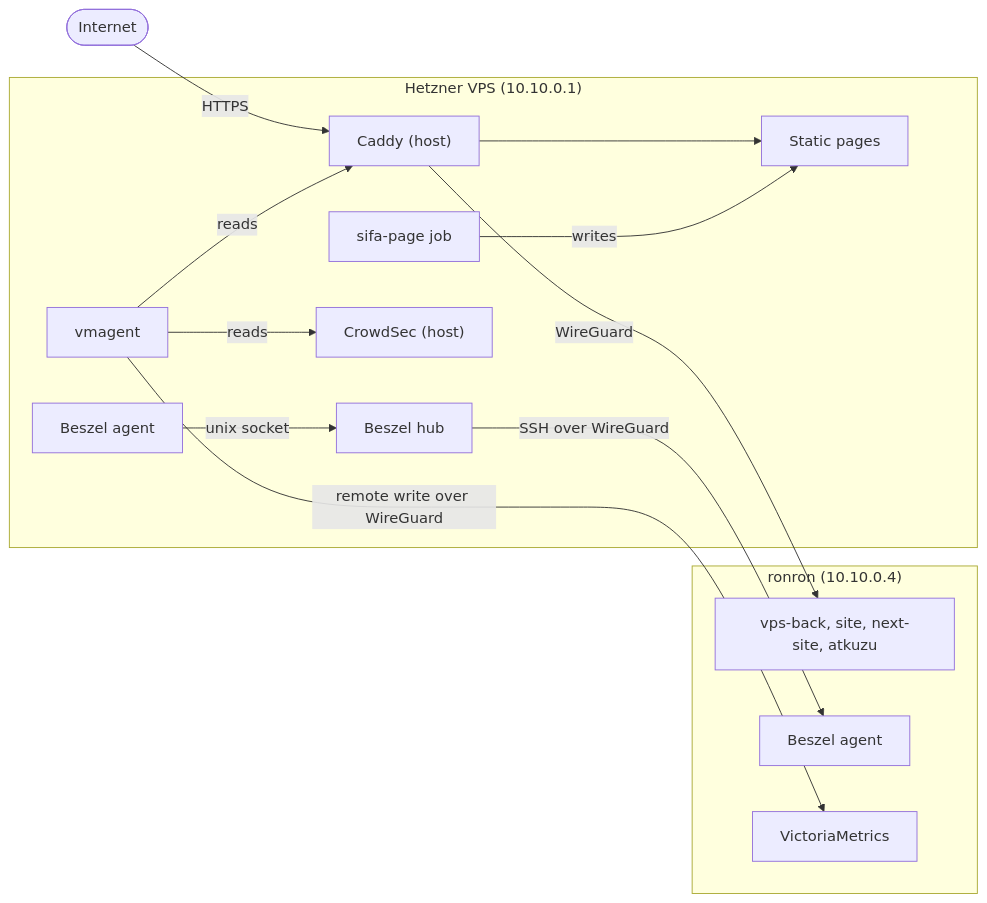
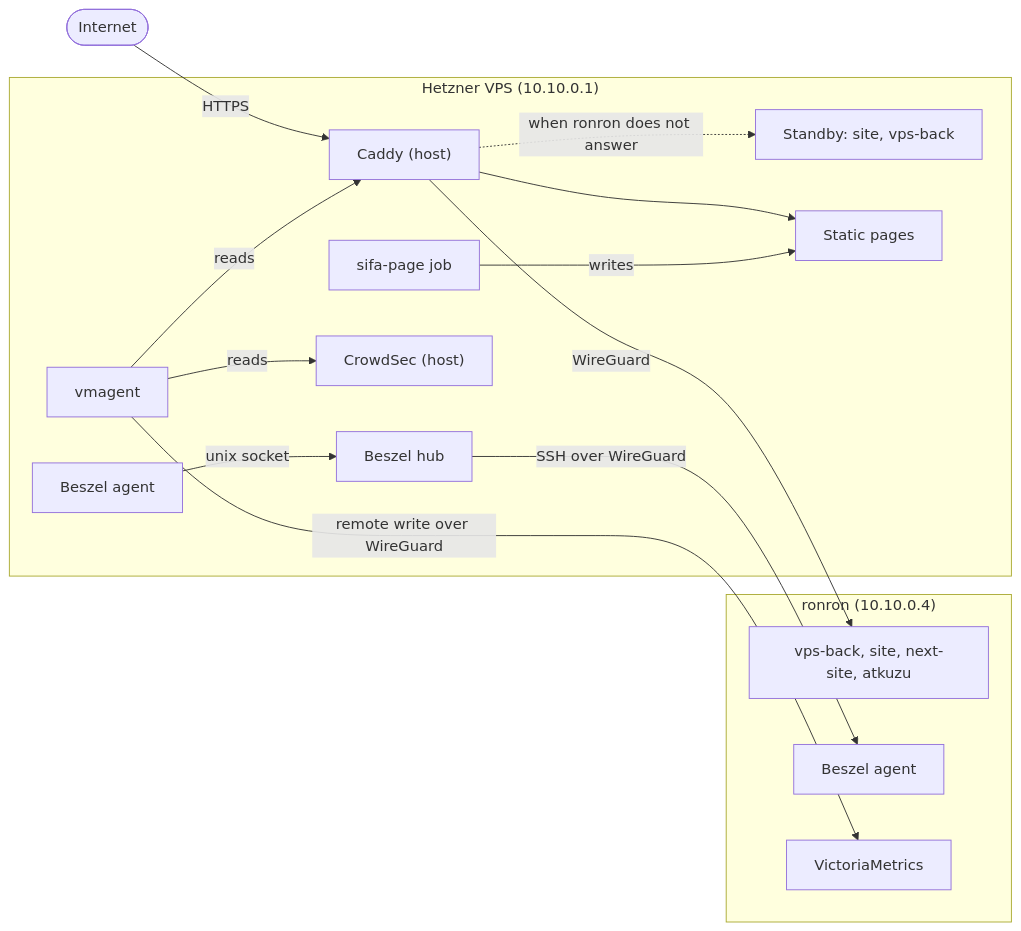
Before and after one commit to TomPlanche/hetzner-docker: the diagram in README.md, drawn with Mermaid. The commit also changed other lines of this file and 4 other files, not shown here.

Commit message:
feat: Send the site and the API to a standby on the VPS when ronron is down

````diff
--- a/README.md
+++ b/README.md
@@ -9,27 +9,29 @@
 ```mermaid
 flowchart LR
   subgraph vps ["Hetzner VPS (10.10.0.1)"]
     caddy["Caddy (host)"]
+    standby["Standby: site, vps-back"]
     www["Static pages"]
     sifa["sifa-page job"]
     crowdsec["CrowdSec (host)"]
     hub[Beszel hub]
     agent[Beszel agent]
     vmagent[vmagent]
   end
 
   subgraph ronron ["ronron (10.10.0.4)"]
     apps["vps-back, site, next-site, atkuzu"]
     ragent[Beszel agent]
     vm[VictoriaMetrics]
   end
 
   internet([Internet]) -->|HTTPS| caddy
   caddy --> www
   sifa -->|writes| www
   caddy -->|WireGuard| apps
+  caddy -.->|"when ronron does not answer"| standby
   agent -->|"unix socket"| hub
   hub -->|"SSH over WireGuard"| ragent
   vmagent -->|reads| caddy & crowdsec
   vmagent -->|"remote write over WireGuard"| vm
 ```
````
